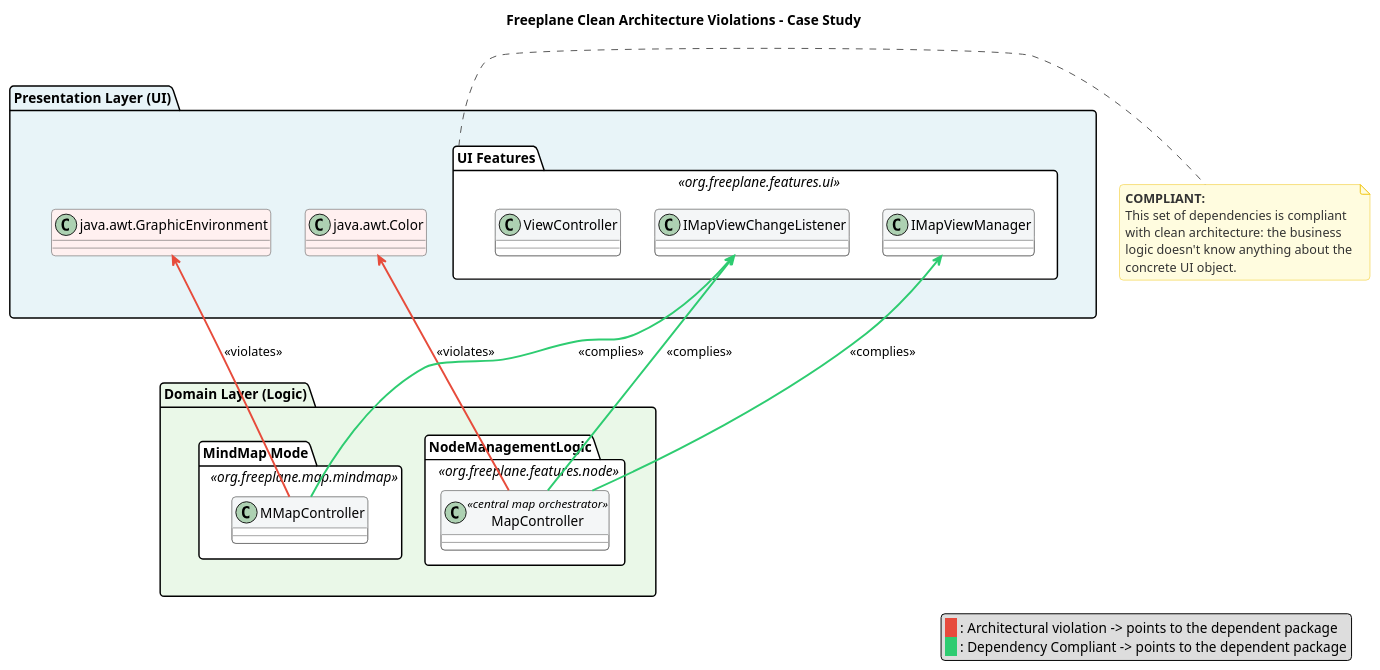
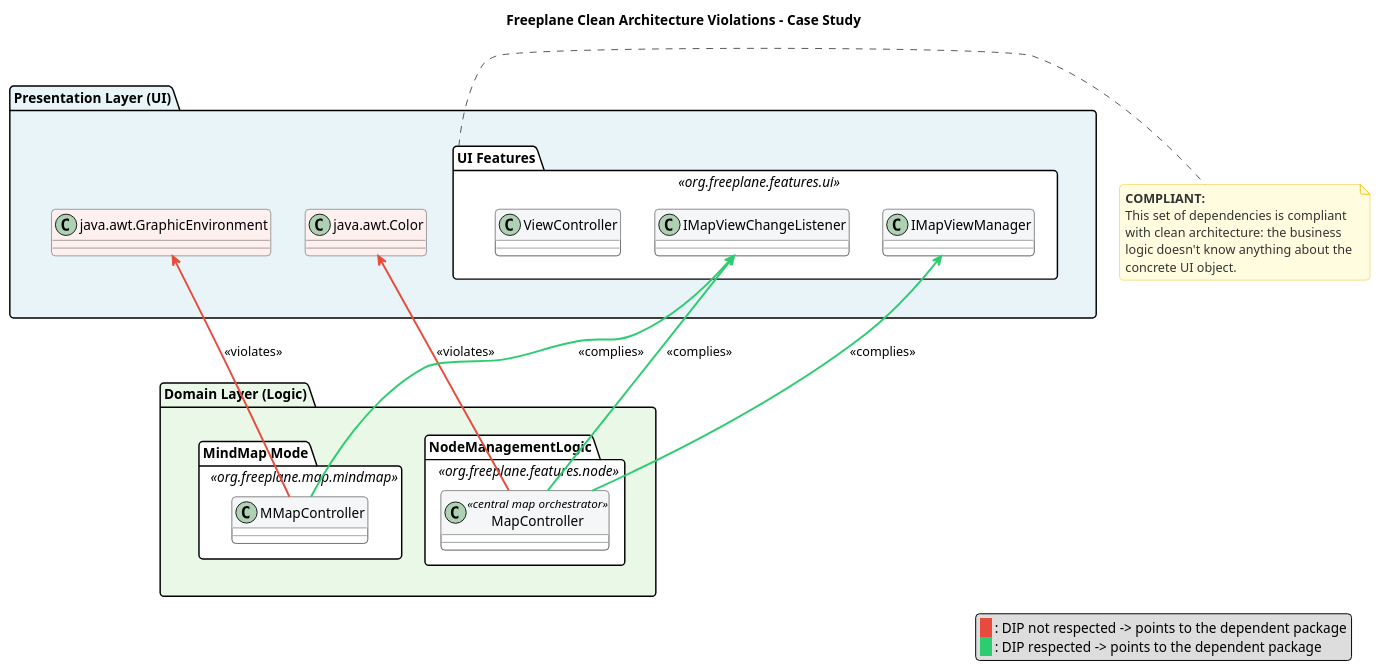
Before and after one commit to SWD-ARCH-Group-Team-22/project: the first of 4 diagrams in doc/analysis/md/architecture_report_template.md, drawn with PlantUML. The commit also changed other lines of this file, not shown here.

````diff
--- a/doc/analysis/md/architecture_report_template.md
+++ b/doc/analysis/md/architecture_report_template.md
@@ -41,82 +41,82 @@
 ```plantuml
     @startuml
     title Freeplane Clean Architecture Violations - Case Study
 
     skinparam shadowing false
     skinparam roundcorner 8
     skinparam DefaultFontName Helvetica
     skinparam class {
         BackgroundColor White
         ArrowColor #555555
         BorderColor #444444
         HeaderBackgroundColor #F4F6F7
     }
     skinparam package {
         FontSize 14
         Style folder
     }
     skinparam note {
         BackgroundColor #FFFCDF
         BorderColor #F1C40F
         FontColor #333333
     }
 
     top to bottom direction
 
     package "Presentation Layer (UI)" as UILayer #E8F4F8 {
         
         class "java.awt.Color" as JavaColor #FFF0F0
         class "java.awt.GraphicEnvironment" as GraphicEnvironment #FFF0F0
 
 
 
         package "UI Features" as UIFeatures <<org.freeplane.features.ui>> #FFFFFF {
             class IMapViewChangeListener {
             }
             class IMapViewManager {
             }
             class ViewController {}
         }
     }
 
     package "Domain Layer (Logic)" as LogicLayer #EAF8E8 {
         
         package "NodeManagementLogic" as NodeLogic <<org.freeplane.features.node>> #FFFFFF {
 
             class MapController <<central map orchestrator>> {
             }
 
         }
 
         package "MindMap Mode" as MM <<org.freeplane.map.mindmap>> #FFFFFF {
             class MMapController {}
         }
     }
 
     UILayer -[hidden]down-> LogicLayer
 
     MapController -[#E74C3C,thickness=2]up-> JavaColor : <<violates>>
 
     MapController -[#2ECC71,thickness=2]up-> IMapViewChangeListener : <<complies>>
     MapController -[#2ECC71,thickness=2]up-> IMapViewManager : <<complies>>
 
     MMapController -[#2ECC71,thickness=2]up-> IMapViewChangeListener : <<complies>>
     MMapController -[#E74C3C,thickness=2]up-> GraphicEnvironment : <<violates>>
 
 
     note right of UIFeatures
     **COMPLIANT:**
     This set of dependencies is compliant 
     with clean architecture: the business 
     logic doesn't know anything about the 
     concrete UI object.
     end note
 
     legend right
-        <back:#E74C3C>   </back> : Architectural violation -> points to the dependent package
-        <back:#2ECC71>   </back> : Dependency Compliant -> points to the dependent package
+        <back:#E74C3C>   </back> : DIP not respected -> points to the dependent package
+        <back:#2ECC71>   </back> : DIP respected -> points to the dependent package
     endlegend
 
     @enduml
 
 ```
````
